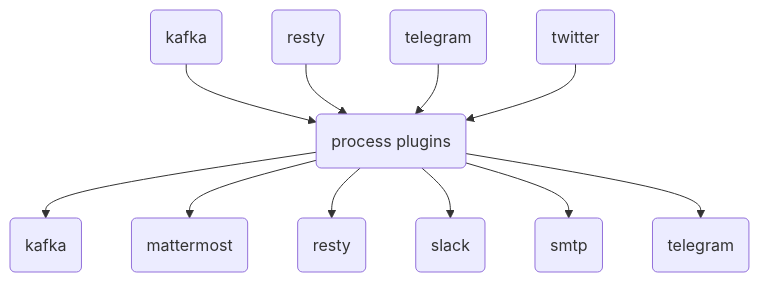
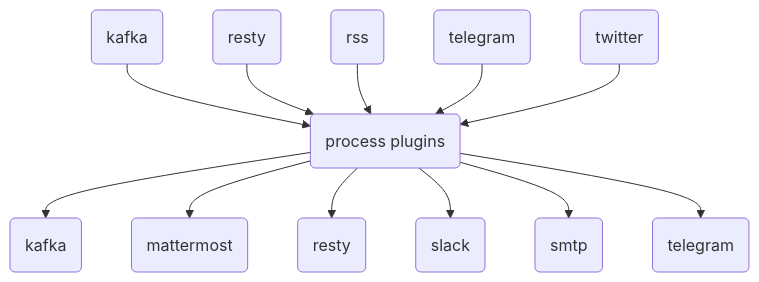
Before and after one commit to livelace/gosquito: the diagram in README.md, drawn with Mermaid.

````diff
--- a/README.md
+++ b/README.md
@@ -9,13 +9,14 @@
 ```mermaid
 graph TD;
     I1(kafka)-->P1(process plugins);
     I2(resty)-->P1;
-    I3(telegram)-->P1;
-    I4(twitter)-->P1;
+    I3(rss)-->P1;
+    I4(telegram)-->P1;
+    I5(twitter)-->P1;
     P1-->O1(kafka);
     P1-->O2(mattermost);
     P1-->O3(resty);
     P1-->O4(slack);
     P1-->O5(smtp);
     P1-->O6(telegram);
 ```
````
